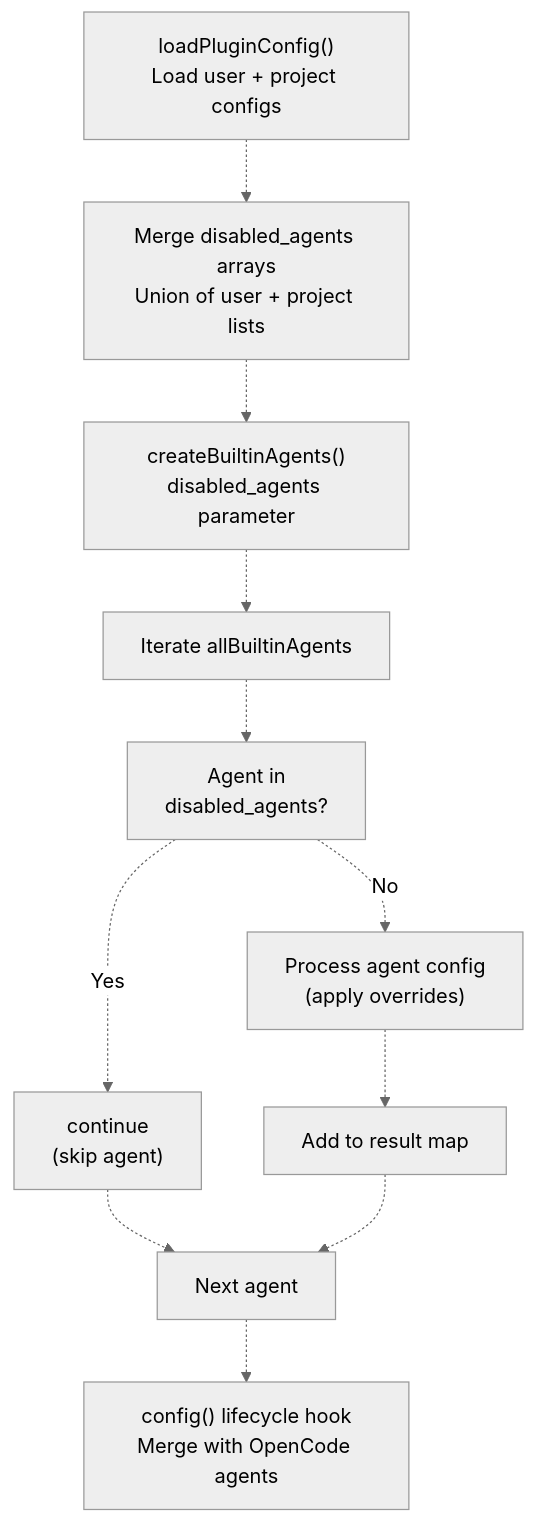
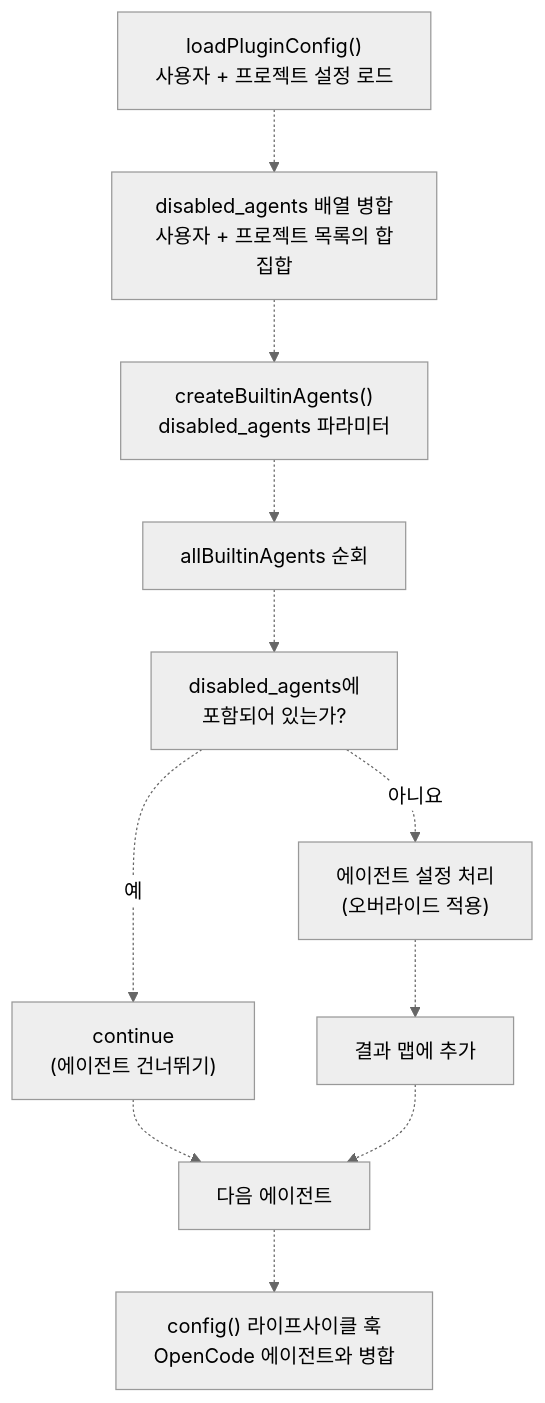
The third of 4 diagrams in docs/agents/agent-configuration.md (felipetruman/oh-my-opencode-docs), drawn with Mermaid (neutral theme) before and after one commit. The commit also changed other lines of this file and 76 other files, not shown here.

````diff
--- a/docs/agents/agent-configuration.md
+++ b/docs/agents/agent-configuration.md
@@ -303,25 +303,25 @@
 ```mermaid
 flowchart TD
 
-LoadConfig["loadPluginConfig()<br>Load user + project configs"]
-MergeDisabled["Merge disabled_agents arrays<br>Union of user + project lists"]
-CreateAgents["createBuiltinAgents()<br>disabled_agents parameter"]
-IterateAgents["Iterate allBuiltinAgents"]
-CheckDisabled["Agent in<br>disabled_agents?"]
-SkipAgent["continue<br>(skip agent)"]
-ProcessAgent["Process agent config<br>(apply overrides)"]
-ResultMap["Add to result map"]
-NextIteration["Next agent"]
-ConfigLifecycle["config() lifecycle hook<br>Merge with OpenCode agents"]
+LoadConfig["loadPluginConfig()<br>사용자 + 프로젝트 설정 로드"]
+MergeDisabled["disabled_agents 배열 병합<br>사용자 + 프로젝트 목록의 합집합"]
+CreateAgents["createBuiltinAgents()<br>disabled_agents 파라미터"]
+IterateAgents["allBuiltinAgents 순회"]
+CheckDisabled["disabled_agents에<br>포함되어 있는가?"]
+SkipAgent["continue<br>(에이전트 건너뛰기)"]
+ProcessAgent["에이전트 설정 처리<br>(오버라이드 적용)"]
+ResultMap["결과 맵에 추가"]
+NextIteration["다음 에이전트"]
+ConfigLifecycle["config() 라이프사이클 훅<br>OpenCode 에이전트와 병합"]
 
 LoadConfig -.-> MergeDisabled
 MergeDisabled -.-> CreateAgents
 CreateAgents -.-> IterateAgents
 IterateAgents -.-> CheckDisabled
-CheckDisabled -.->|"Yes"| SkipAgent
-CheckDisabled -.->|"No"| ProcessAgent
+CheckDisabled -.->|"예"| SkipAgent
+CheckDisabled -.->|"아니요"| ProcessAgent
 ProcessAgent -.-> ResultMap
 SkipAgent -.-> NextIteration
 ResultMap -.-> NextIteration
 NextIteration -.-> ConfigLifecycle
 ```
````
